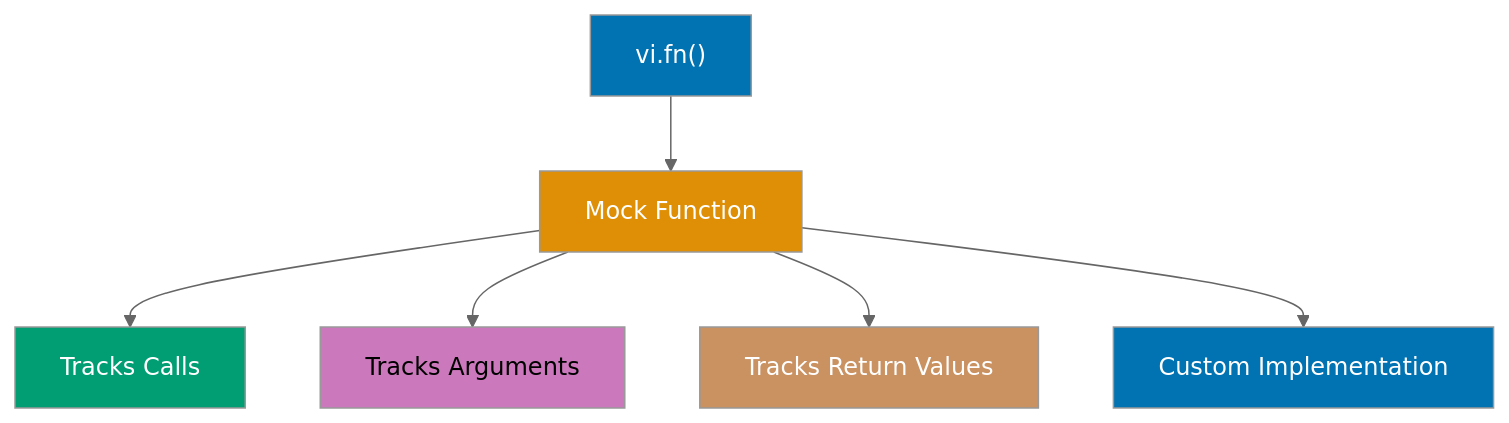
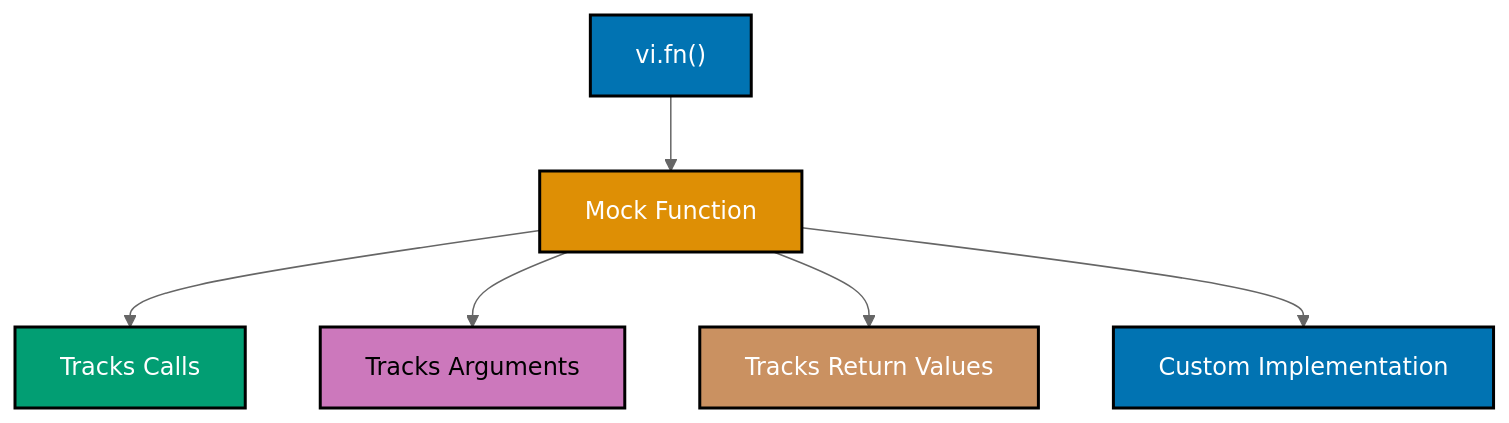
Before and after one commit to wahidyankf/open-sharia-enterprise: the seventh of 8 diagrams in apps/ayokoding-web/content/en/learn/software-engineering/automation-testing/tools/vitest/by-example/beginner.md, drawn with Mermaid (neutral theme). The commit also changed other lines of this file and 13 other files, not shown here.

````diff
--- a/apps/ayokoding-web/content/en/learn/software-engineering/automation-testing/tools/vitest/by-example/beginner.md
+++ b/apps/ayokoding-web/content/en/learn/software-engineering/automation-testing/tools/vitest/by-example/beginner.md
@@ -1519,16 +1519,16 @@
 ```mermaid
 %% Color Palette: Blue #0173B2, Orange #DE8F05, Teal #029E73, Purple #CC78BC, Brown #CA9161
 graph TD
     A["vi.fn#40;#41;"] --> B["Mock Function"]
     B --> C["Tracks Calls"]
     B --> D["Tracks Arguments"]
     B --> E["Tracks Return Values"]
     B --> F["Custom Implementation"]
 
-    style A fill:#0173B2,color:#fff
-    style B fill:#DE8F05,color:#fff
-    style C fill:#029E73,color:#fff
-    style D fill:#CC78BC,color:#000
-    style E fill:#CA9161,color:#fff
-    style F fill:#0173B2,color:#fff
+    style A fill:#0173B2,stroke:#000000,stroke-width:2px,color:#fff
+    style B fill:#DE8F05,stroke:#000000,stroke-width:2px,color:#fff
+    style C fill:#029E73,stroke:#000000,stroke-width:2px,color:#fff
+    style D fill:#CC78BC,stroke:#000000,stroke-width:2px,color:#000
+    style E fill:#CA9161,stroke:#000000,stroke-width:2px,color:#fff
+    style F fill:#0173B2,stroke:#000000,stroke-width:2px,color:#fff
 ```
````
